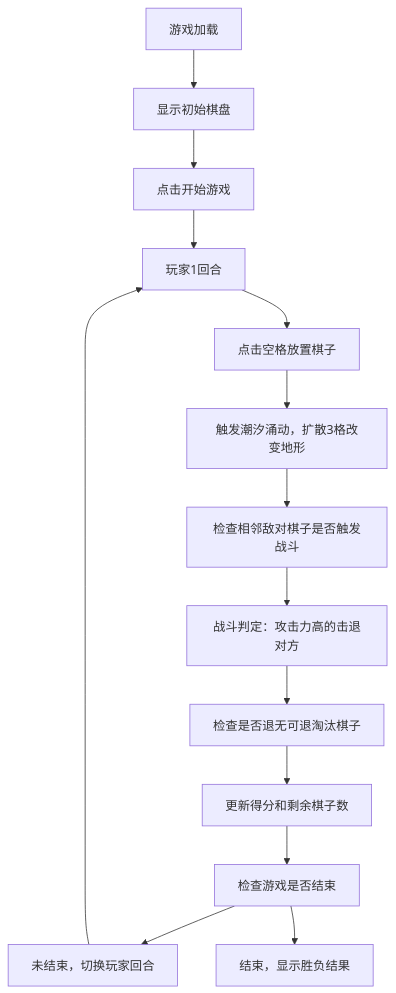
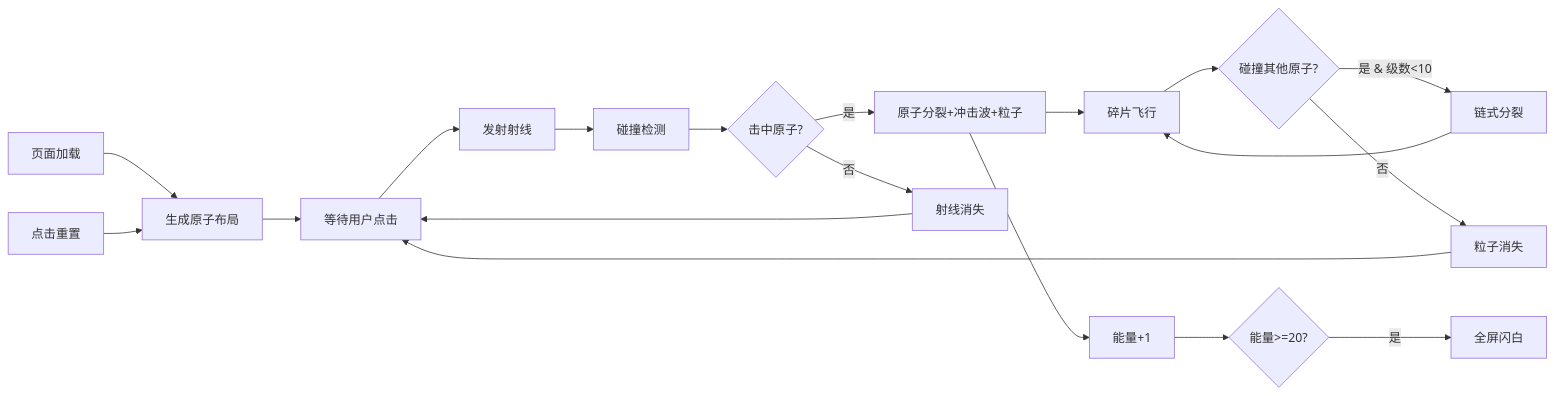
Before and after one commit to NUDT-ZSL/Solo: the diagram in cp2_6.11_auto56/.trae/documents/prd.md, drawn with Mermaid. The commit also changed other lines of this file and 12 other files, not shown here.

````diff
--- a/cp2_6.11_auto56/.trae/documents/prd.md
+++ b/cp2_6.11_auto56/.trae/documents/prd.md
@@ -36,16 +35,21 @@
 ```mermaid
-flowchart TD
-    A["游戏加载"] --> B["显示初始棋盘"]
-    B --> C["点击开始游戏"]
-    C --> D["玩家1回合"]
-    D --> E["点击空格放置棋子"]
-    E --> F["触发潮汐涌动，扩散3格改变地形"]
-    F --> G["检查相邻敌对棋子是否触发战斗"]
-    G --> H["战斗判定：攻击力高的击退对方"]
-    H --> I["检查是否退无可退淘汰棋子"]
-    I --> J["更新得分和剩余棋子数"]
-    J --> K["检查游戏是否结束"]
-    K --> L["未结束，切换玩家回合"]
-    K --> M["结束，显示胜负结果"]
-    L --> D
+flowchart LR
+    A["页面加载"] --> B["生成原子布局"]
+    B --> C["等待用户点击"]
+    C --> D["发射射线"]
+    D --> E["碰撞检测"]
+    E --> F{"击中原子?"}
+    F -->|是| G["原子分裂+冲击波+粒子"]
+    G --> H["碎片飞行"]
+    H --> I{"碰撞其他原子?"}
+    I -->|是 & 级数<10| J["链式分裂"]
+    J --> H
+    I -->|否| K["粒子消失"]
+    F -->|否| L["射线消失"]
+    G --> M["能量+1"]
+    M --> N{"能量>=20?"}
+    N -->|是| O["全屏闪白"]
+    K --> C
+    L --> C
+    P["点击重置"] --> B
 ```
````
